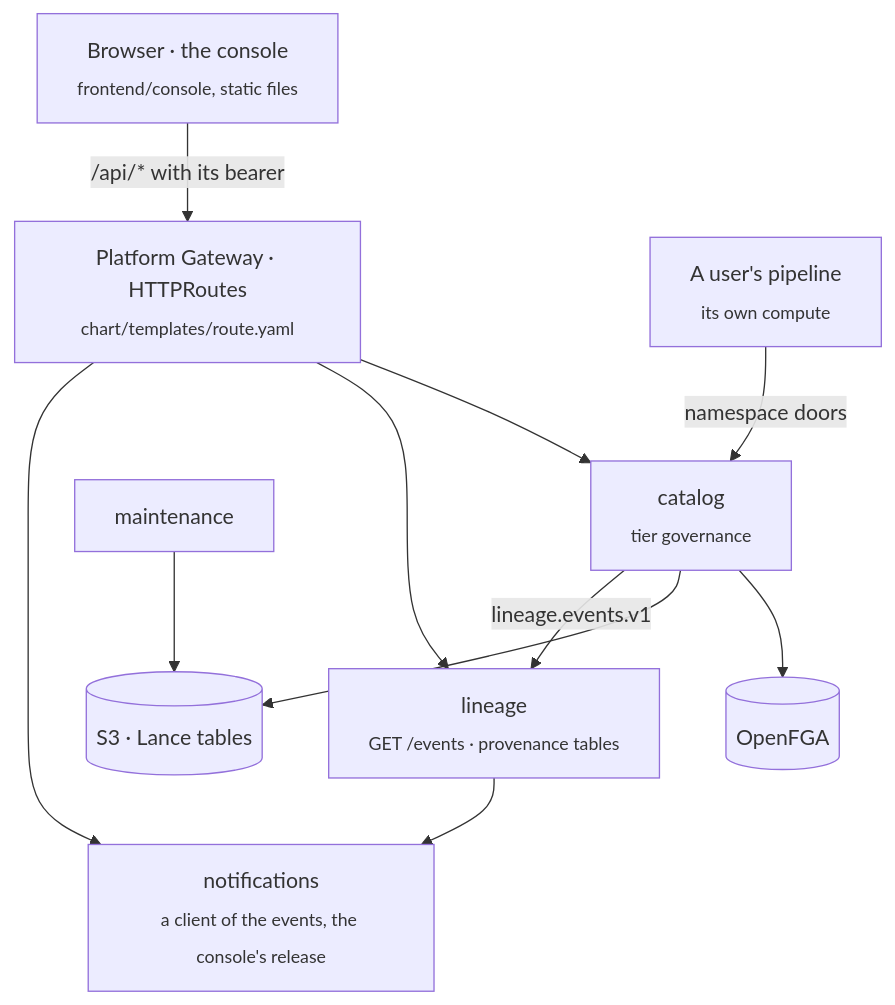
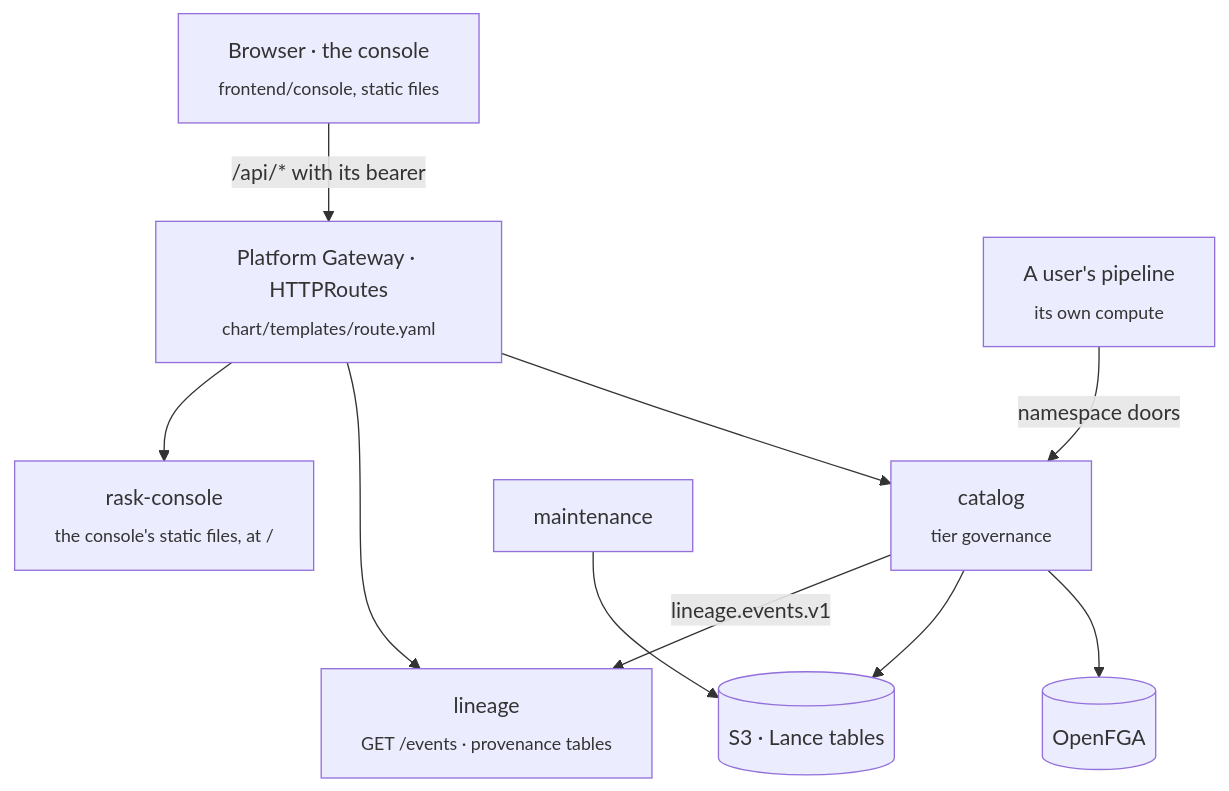
The diagram in docs/architecture/index.md (AI-Riksarkivet/rask), drawn with Mermaid before and after one commit. The commit also changed other lines of this file and 402 other files, not shown here.

````diff
--- a/docs/architecture/index.md
+++ b/docs/architecture/index.md
@@ -27,13 +29,12 @@
 ```mermaid
 flowchart TB
     browser["Browser · the console<br/><sub>frontend/console, static files</sub>"] -->|"/api/* with its bearer"| gw["Platform Gateway · HTTPRoutes<br/><sub>chart/templates/route.yaml</sub>"]
     client["A user's pipeline<br/><sub>its own compute</sub>"] -->|"namespace doors"| cat
     gw --> cat["catalog<br/><sub>tier governance</sub>"]
     gw --> lin["lineage<br/><sub>GET /events · provenance tables</sub>"]
-    gw --> notif["notifications<br/><sub>a client of the events, the console's release</sub>"]
+    gw --> web["rask-console<br/><sub>the console's static files, at /</sub>"]
     cat --> fga[("OpenFGA")]
     cat --> s3[("S3 · Lance tables")]
     cat -->|"lineage.events.v1"| lin
-    lin --> notif
     maint["maintenance"] --> s3
 ```
````
